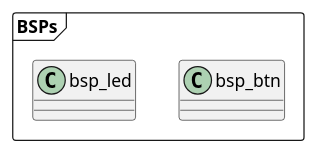
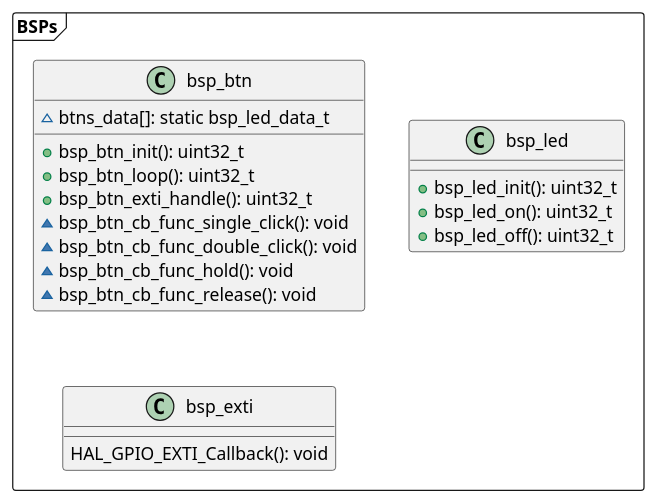
Before and after one commit to minh2002sn/led_control: the diagram in docs/architecture_bsps.wsd, drawn with PlantUML. The commit also changed 21 other files, not shown here.

Commit message:
docs: update all plantuml files and output images

```diff
--- a/docs/architecture_bsps.wsd
+++ b/docs/architecture_bsps.wsd
@@ -1,8 +1,29 @@
 @startuml
 
 package BSPs <<Frame>> {
   class bsp_btn
+  {
+    ~btns_data[]: static bsp_led_data_t
+    +bsp_btn_init(): uint32_t
+    +bsp_btn_loop(): uint32_t
+    +bsp_btn_exti_handle(): uint32_t
+    ~bsp_btn_cb_func_single_click(): void
+    ~bsp_btn_cb_func_double_click(): void
+    ~bsp_btn_cb_func_hold(): void
+    ~bsp_btn_cb_func_release(): void
+  }
+  
   class bsp_led
+  {
+    +bsp_led_init(): uint32_t
+    +bsp_led_on(): uint32_t
+    +bsp_led_off(): uint32_t
+  }
+
+  class bsp_exti
+  {
+    HAL_GPIO_EXTI_Callback(): void
+  }
 }
 
 @enduml
```
